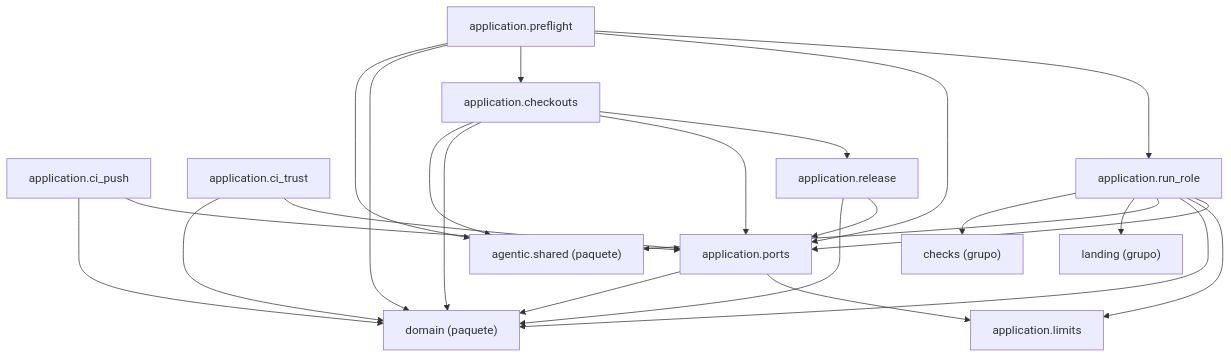
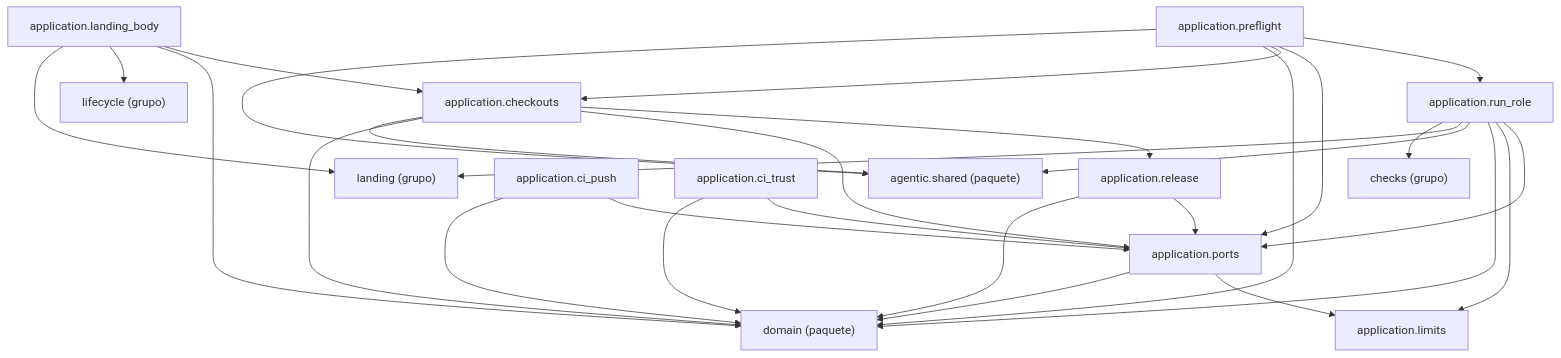
Before and after one commit to GonzaloZevallos/agentic-system: the diagram in docs/architecture/generated/packages-process-application-support.md, drawn with Mermaid. The commit also changed 7 other files, not shown here.

First line of the commit message:
Document the non-code landing failures (ADR-0048 addendum, glossaries) and regenerate the architecture pages

````diff
--- a/docs/architecture/generated/packages-process-application-support.md
+++ b/docs/architecture/generated/packages-process-application-support.md
@@ -16,38 +16,44 @@
 ```mermaid
 graph TD
     g_application__checks["checks (grupo)"]
     g_application__landing["landing (grupo)"]
+    g_application__lifecycle["lifecycle (grupo)"]
     g_pkg__agentic__shared["agentic.shared (paquete)"]
     g_pkg__domain["domain (paquete)"]
     m_application__checkouts["application.checkouts"]
     m_application__ci_push["application.ci_push"]
     m_application__ci_trust["application.ci_trust"]
+    m_application__landing_body["application.landing_body"]
     m_application__limits["application.limits"]
     m_application__ports["application.ports"]
     m_application__preflight["application.preflight"]
     m_application__release["application.release"]
     m_application__run_role["application.run_role"]
     m_application__checkouts --> g_pkg__agentic__shared
     m_application__checkouts --> g_pkg__domain
     m_application__checkouts --> m_application__ports
     m_application__checkouts --> m_application__release
     m_application__ci_push --> g_pkg__domain
     m_application__ci_push --> m_application__ports
     m_application__ci_trust --> g_pkg__domain
     m_application__ci_trust --> m_application__ports
+    m_application__landing_body --> g_application__landing
+    m_application__landing_body --> g_application__lifecycle
+    m_application__landing_body --> g_pkg__domain
+    m_application__landing_body --> m_application__checkouts
     m_application__ports --> g_pkg__domain
     m_application__ports --> m_application__limits
     m_application__preflight --> g_pkg__agentic__shared
     m_application__preflight --> g_pkg__domain
     m_application__preflight --> m_application__checkouts
     m_application__preflight --> m_application__ports
     m_application__preflight --> m_application__run_role
     m_application__release --> g_pkg__domain
     m_application__release --> m_application__ports
     m_application__run_role --> g_application__checks
     m_application__run_role --> g_application__landing
     m_application__run_role --> g_pkg__agentic__shared
     m_application__run_role --> g_pkg__domain
     m_application__run_role --> m_application__limits
     m_application__run_role --> m_application__ports
 ```
````
